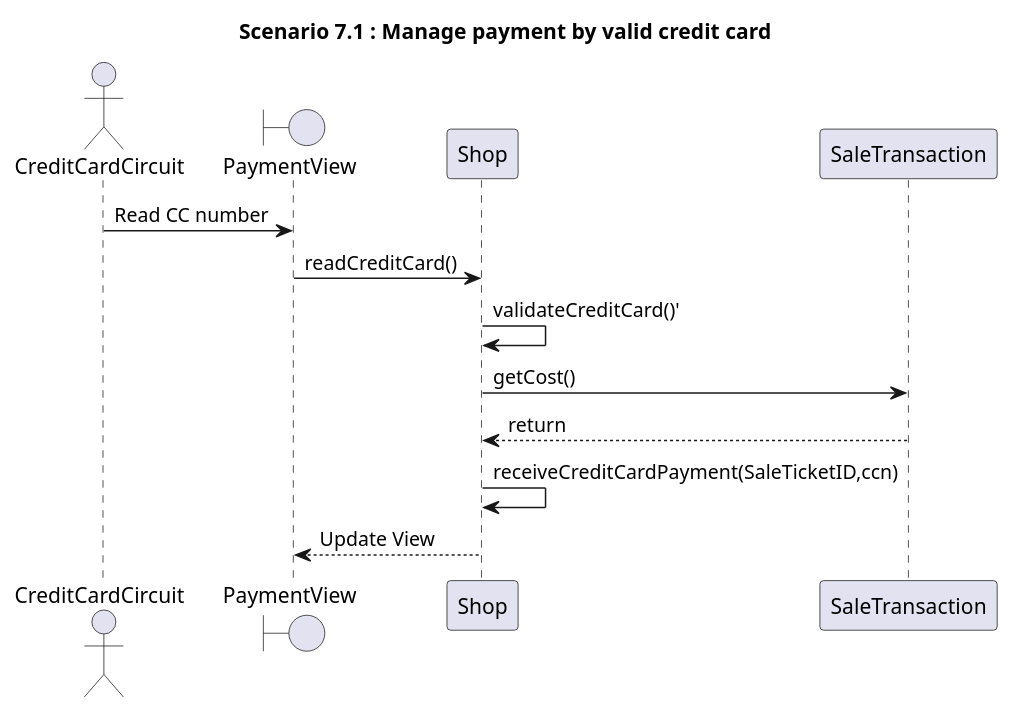
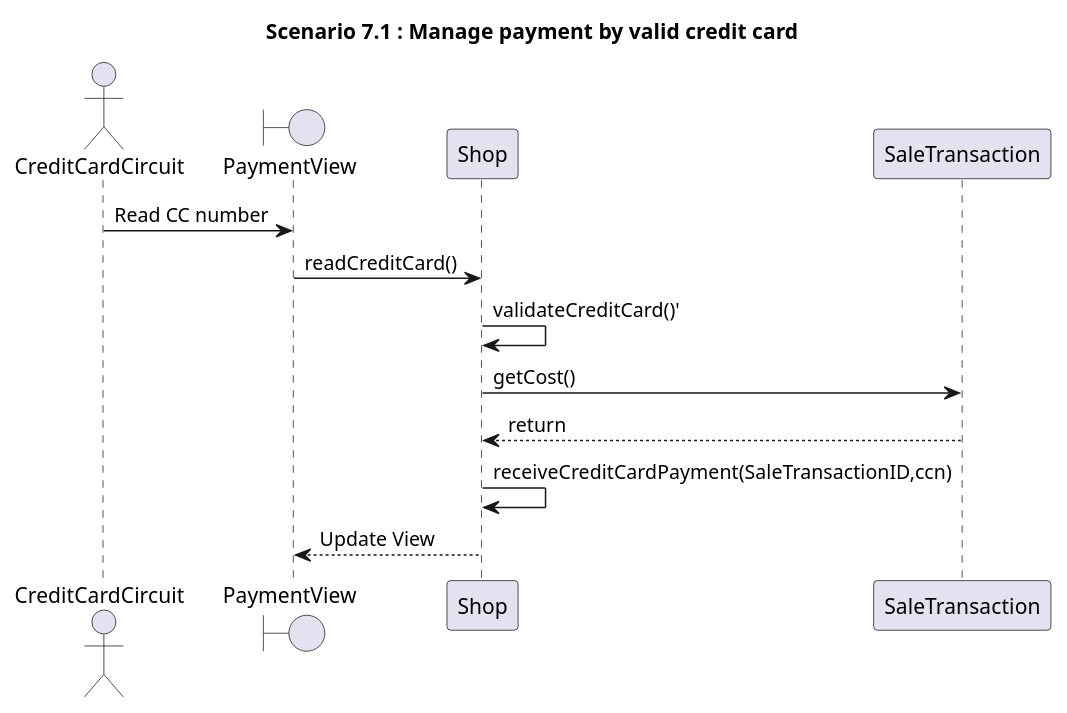
Before and after one commit to zitabou/EZShop: diagram 23 of 31 in Deliverables/DesignDocument.md, drawn with PlantUML. The commit also changed other lines of this file, not shown here.

````diff
--- a/Deliverables/DesignDocument.md
+++ b/Deliverables/DesignDocument.md
@@ -882,25 +875,25 @@
 ```plantuml
 
 title
 **Scenario 7.1** : Manage payment by valid credit card
 end title
 
 'Actors
 actor CreditCardCircuit
 'Boundaries
 boundary PaymentView
 
 ''''
 'Sequence
 '''''
 'Read credit card number
 CreditCardCircuit -> PaymentView: Read CC number
 PaymentView -> Shop : readCreditCard()
 'MISSINGFUNCTION validateCreditCard()
 Shop -> Shop: validateCreditCard()'
 Shop -> SaleTransaction: getCost()
 SaleTransaction --> Shop: return
-Shop -> Shop: receiveCreditCardPayment(SaleTicketID,ccn)
+Shop -> Shop: receiveCreditCardPayment(SaleTransactionID,ccn)
 Shop --> PaymentView: Update View
 
 ```
````
